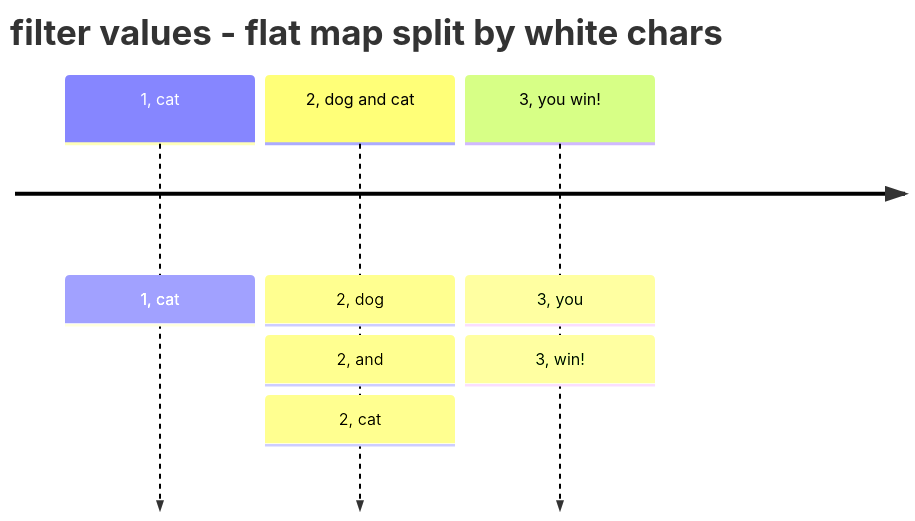
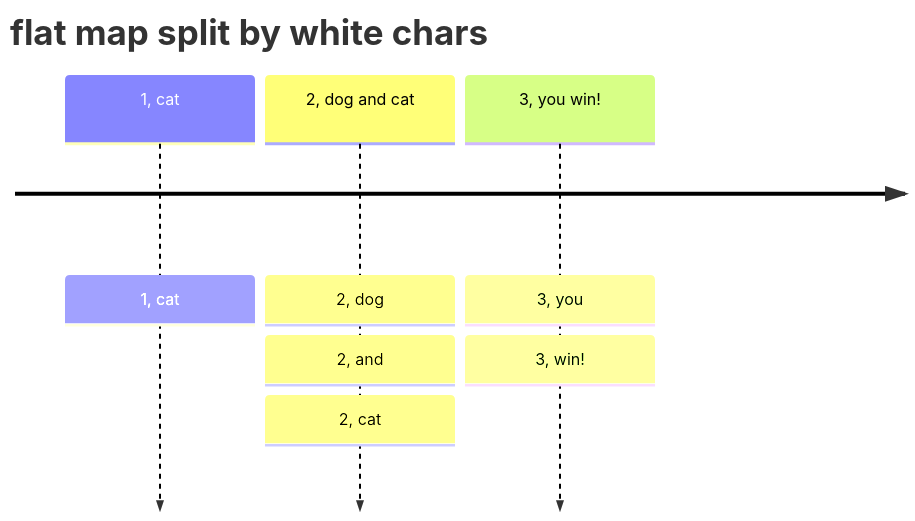
One commit to tomaszkubacki/kafka_redis_store changed the fourth of 4 diagrams in docs/kafka_streams_tutorial.md. Above: the diagram before and after it, drawn with Mermaid.

Commit message:
fix: flatMap description

````diff
--- a/docs/kafka_streams_tutorial.md
+++ b/docs/kafka_streams_tutorial.md
@@ -141,10 +141,10 @@
 ```mermaid
 timeline
-    title filter values - flat map split by white chars
+    title flat map split by white chars
     1, cat : 1, cat
     2, dog and cat  : 2, dog     
                     : 2, and
                     : 2, cat
     3, you win! :   3, you
                 :   3, win!
 ```
````
